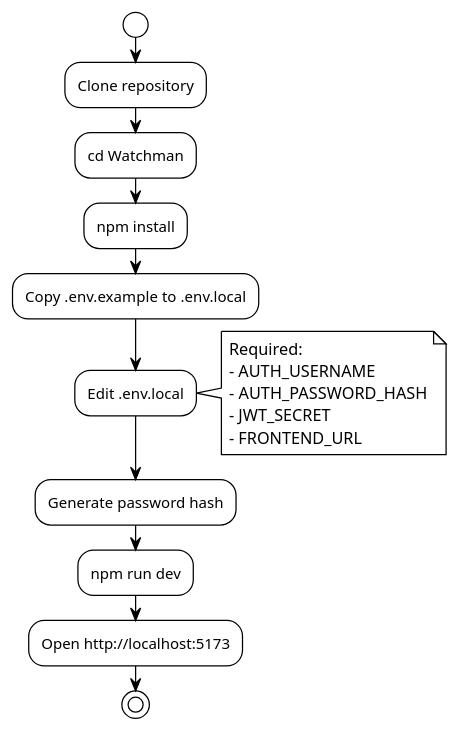
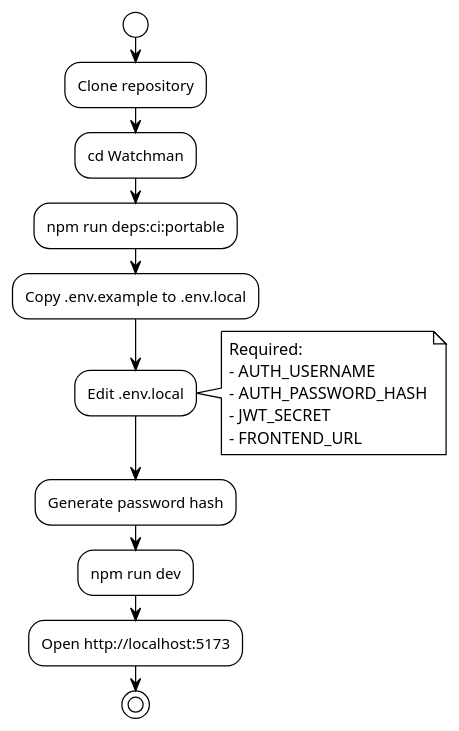
The first of 2 diagrams in docs/guides/setup.md (EraPartner/Watchman), drawn with PlantUML before and after one commit. The commit also changed other lines of this file and 45 other files, not shown here.

````diff
--- a/docs/guides/setup.md
+++ b/docs/guides/setup.md
@@ -166,33 +167,33 @@
 ```plantuml
 @startuml
 !theme plain
 
 start
 
 :Clone repository;
 
 :cd Watchman;
 
-:npm install;
+:npm run deps:ci:portable;
 
 :Copy .env.example to .env.local;
 
 :Edit .env.local;
 
 note right
   Required:
   - AUTH_USERNAME
   - AUTH_PASSWORD_HASH
   - JWT_SECRET
   - FRONTEND_URL
 end note
 
 :Generate password hash;
 
 :npm run dev;
 
 :Open http://localhost:5173;
 
 stop
 @enduml
 ```
````
